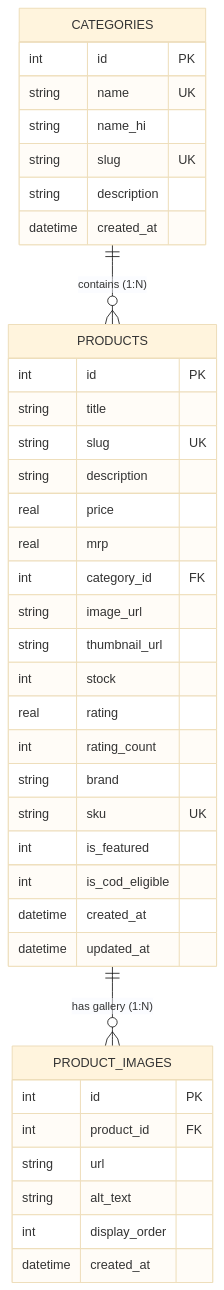
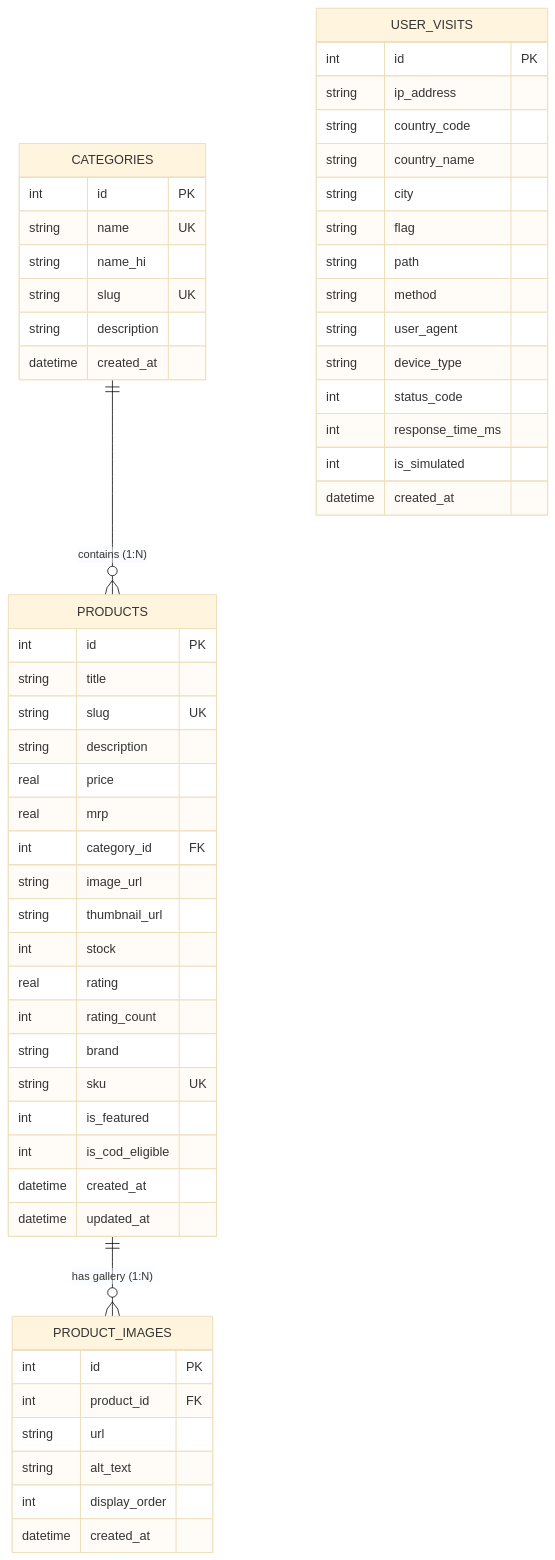
The second of 2 diagrams in README.md (abhaybadoni/EComProject), drawn with Mermaid (base theme) before and after one commit. The commit also changed other lines of this file and 22 other files, not shown here.

````diff
--- a/README.md
+++ b/README.md
@@ -115,44 +280,61 @@
 ```mermaid
 erDiagram
     CATEGORIES ||--o{ PRODUCTS : "contains (1:N)"
     PRODUCTS ||--o{ PRODUCT_IMAGES : "has gallery (1:N)"
 
     CATEGORIES {
         int id PK
         string name UK
         string name_hi
         string slug UK
         string description
         datetime created_at
     }
 
     PRODUCTS {
         int id PK
         string title
         string slug UK
         string description
         real price
         real mrp
         int category_id FK
         string image_url
         string thumbnail_url
         int stock
         real rating
         int rating_count
         string brand
         string sku UK
         int is_featured
         int is_cod_eligible
         datetime created_at
         datetime updated_at
     }
 
     PRODUCT_IMAGES {
         int id PK
         int product_id FK
         string url
         string alt_text
         int display_order
         datetime created_at
     }
+
+    USER_VISITS {
+        int id PK
+        string ip_address
+        string country_code
+        string country_name
+        string city
+        string flag
+        string path
+        string method
+        string user_agent
+        string device_type
+        int status_code
+        int response_time_ms
+        int is_simulated
+        datetime created_at
+    }
 ```
````
